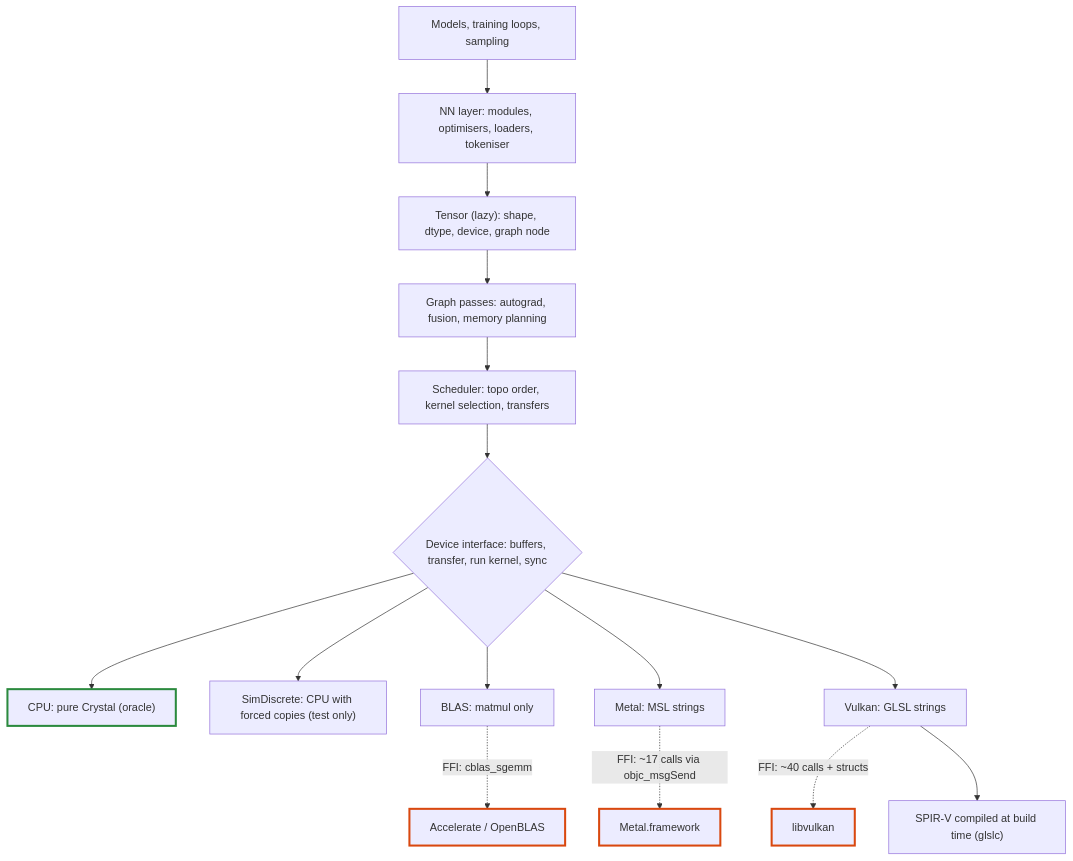
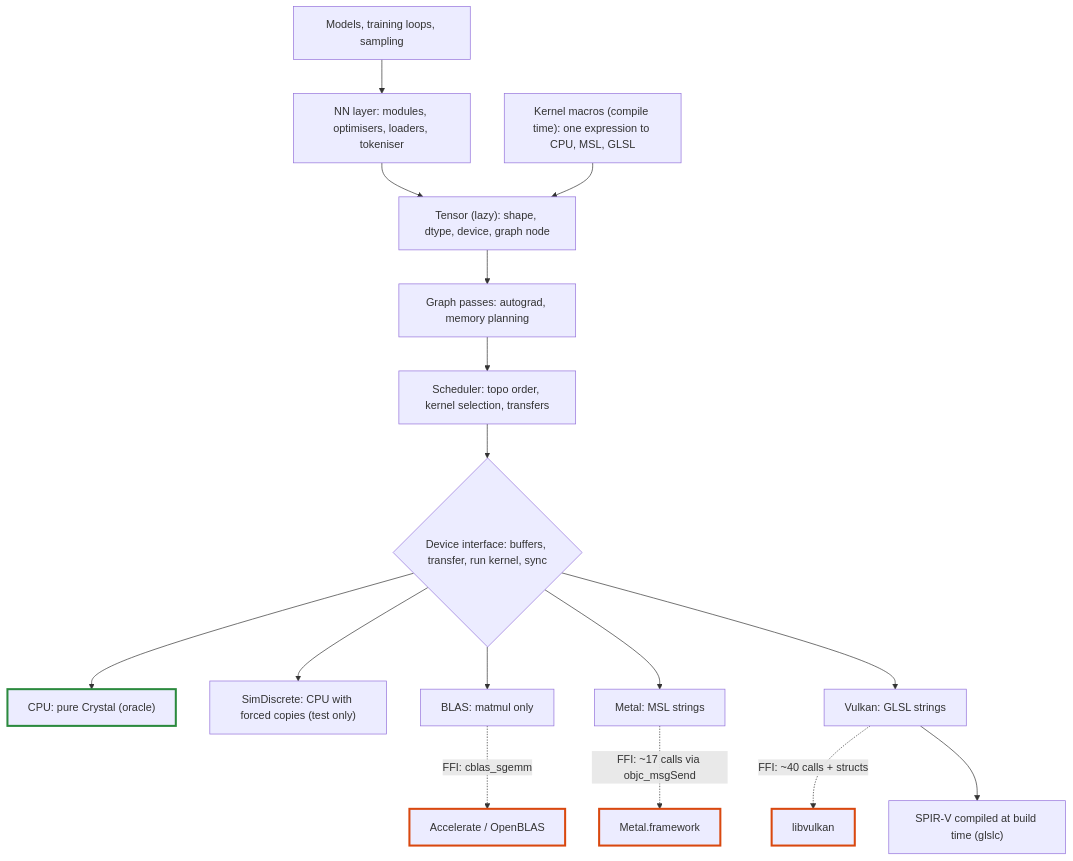
One commit to nogginly/tensomite.cr changed the first of 2 diagrams in PLAN.md. Above: the diagram before and after it, drawn with Mermaid. The commit also changed other lines of this file, not shown here.

First line of the commit message:
Plan: compile-time kernel macros for fusion (Decision J); confirm E, F, G

````diff
--- a/PLAN.md
+++ b/PLAN.md
@@ -18,21 +18,22 @@
 ```mermaid
 flowchart TD
     App["Models, training loops, sampling"] --> NN["NN layer: modules, optimisers, loaders, tokeniser"]
     NN --> Lazy["Tensor (lazy): shape, dtype, device, graph node"]
-    Lazy --> Passes["Graph passes: autograd, fusion, memory planning"]
+    Macros["Kernel macros (compile time): one expression to CPU, MSL, GLSL"] --> Lazy
+    Lazy --> Passes["Graph passes: autograd, memory planning"]
     Passes --> Sched["Scheduler: topo order, kernel selection, transfers"]
     Sched --> Iface{"Device interface: buffers, transfer, run kernel, sync"}
     Iface --> CPU["CPU: pure Crystal (oracle)"]
     Iface --> Sim["SimDiscrete: CPU with forced copies (test only)"]
     Iface --> BLAS["BLAS: matmul only"]
     Iface --> Metal["Metal: MSL strings"]
     Iface --> Vk["Vulkan: GLSL strings"]
     BLAS -. "FFI: cblas_sgemm" .-> LibBLAS["Accelerate / OpenBLAS"]
     Metal -. "FFI: ~17 calls via objc_msgSend" .-> MetalFw["Metal.framework"]
     Vk -. "FFI: ~40 calls + structs" .-> VkLib["libvulkan"]
     Vk --> Spv["SPIR-V compiled at build time (glslc)"]
     style LibBLAS stroke:#d9480f,stroke-width:3px
     style MetalFw stroke:#d9480f,stroke-width:3px
     style VkLib stroke:#d9480f,stroke-width:3px
     style CPU stroke:#2b8a3e,stroke-width:3px
 ```
````
